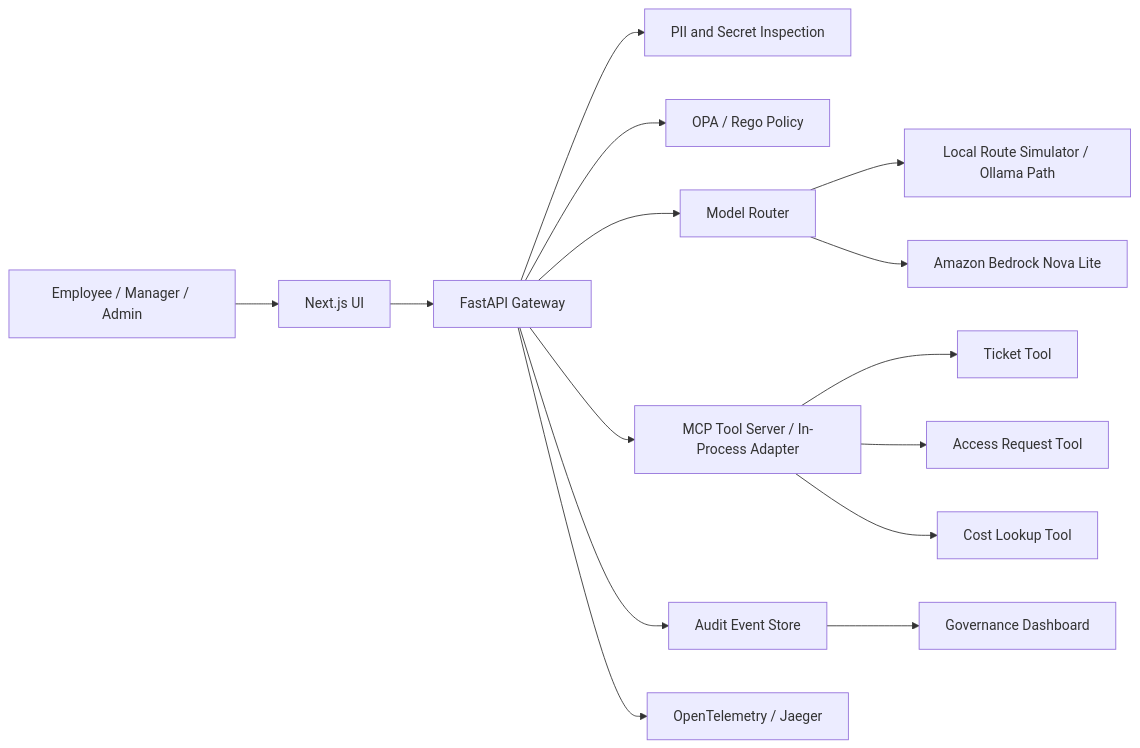
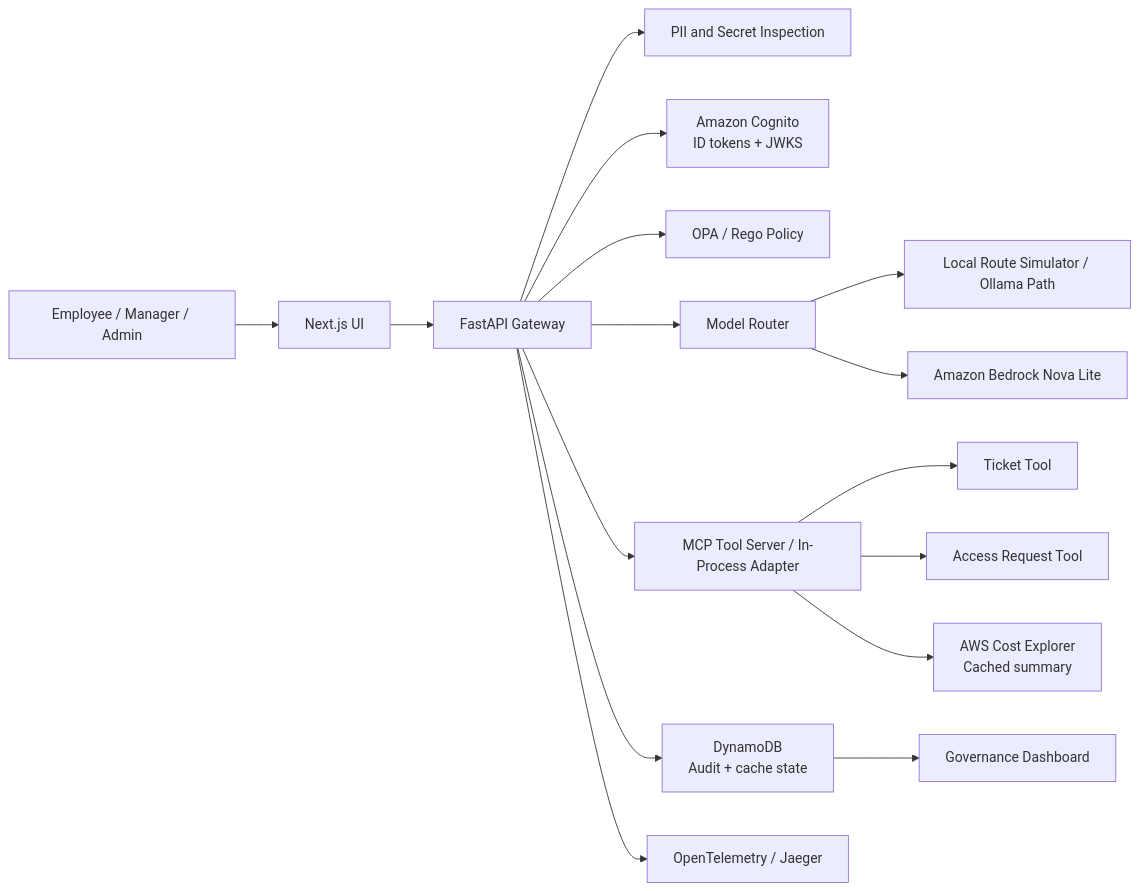
The diagram in README.md (manynames3/aegisdesk-cloudops-control-plane), drawn with Mermaid before and after one commit. The commit also changed other lines of this file and 51 other files, not shown here.

Commit message:
feat: add Cognito live OPA and Cost Explorer

````diff
--- a/README.md
+++ b/README.md
@@ -78,17 +79,18 @@
 ```mermaid
 flowchart LR
     User["Employee / Manager / Admin"] --> Web["Next.js UI"]
     Web --> API["FastAPI Gateway"]
     API --> Redaction["PII and Secret Inspection"]
+    API --> Cognito["Amazon Cognito<br/>ID tokens + JWKS"]
     API --> OPA["OPA / Rego Policy"]
     API --> Router["Model Router"]
     Router --> Local["Local Route Simulator / Ollama Path"]
     Router --> Cloud["Amazon Bedrock Nova Lite"]
     API --> Tools["MCP Tool Server / In-Process Adapter"]
     Tools --> Ticket["Ticket Tool"]
     Tools --> Access["Access Request Tool"]
-    Tools --> Cost["Cost Lookup Tool"]
-    API --> Audit["Audit Event Store"]
+    Tools --> Cost["AWS Cost Explorer<br/>Cached summary"]
+    API --> Audit["DynamoDB<br/>Audit + cache state"]
     API --> Trace["OpenTelemetry / Jaeger"]
     Audit --> Dashboard["Governance Dashboard"]
 ```
````
